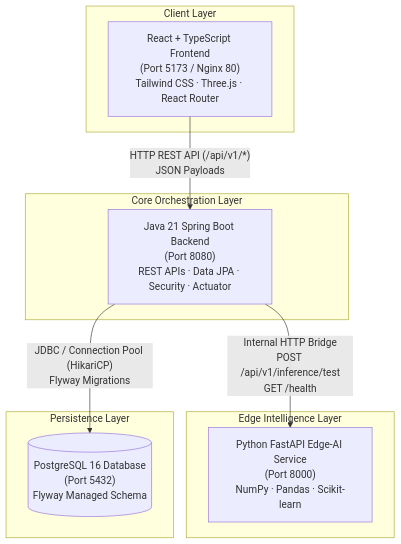
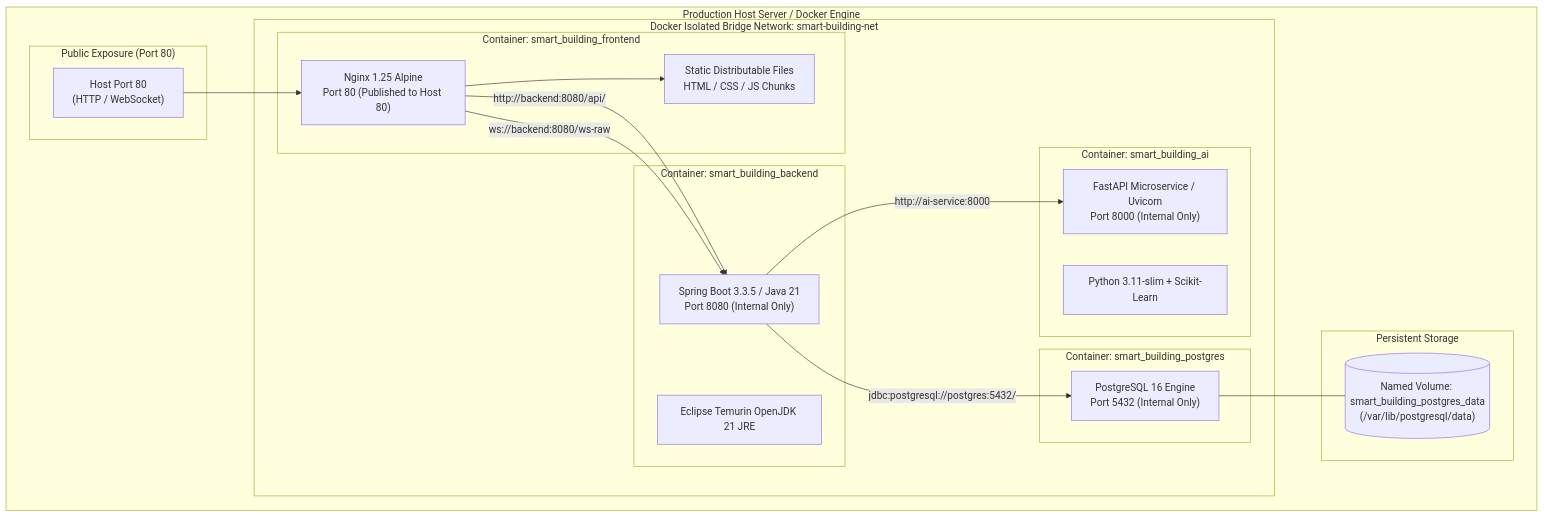
The third of 3 diagrams in docs/architecture/architecture.md (tharunsai2307/NEXORA), drawn with Mermaid before and after one commit. The commit also changed other lines of this file and 21 other files, not shown here.

````diff
--- a/docs/architecture/architecture.md
+++ b/docs/architecture/architecture.md
@@ -7,22 +168,41 @@
 ```mermaid
 flowchart TD
-    subgraph ClientLayer ["Client Layer"]
-        Frontend["React + TypeScript Frontend\n(Port 5173 / Nginx 80)\nTailwind CSS · Three.js · React Router"]
+    subgraph HostServer ["Production Host Server / Docker Engine"]
+        subgraph PublicFacing ["Public Exposure (Port 80)"]
+            HostPort80["Host Port 80\n(HTTP / WebSocket)"]
+        end
+
+        subgraph DockerBridge ["Docker Isolated Bridge Network: smart-building-net"]
+            subgraph NginxContainer ["Container: smart_building_frontend"]
+                NginxSrv["Nginx 1.25 Alpine\nPort 80 (Published to Host 80)"]
+                StaticFiles["Static Distributable Files\nHTML / CSS / JS Chunks"]
+            end
+
+            subgraph SpringBootContainer ["Container: smart_building_backend"]
+                BackendApp["Spring Boot 3.3.5 / Java 21\nPort 8080 (Internal Only)"]
+                JVM["Eclipse Temurin OpenJDK 21 JRE"]
+            end
+
+            subgraph FastAPIContainer ["Container: smart_building_ai"]
+                AiApp["FastAPI Microservice / Uvicorn\nPort 8000 (Internal Only)"]
+                PyEnv["Python 3.11-slim + Scikit-Learn"]
+            end
+
+            subgraph PostgresContainer ["Container: smart_building_postgres"]
+                PgEngine["PostgreSQL 16 Engine\nPort 5432 (Internal Only)"]
+            end
+        end
+
+        subgraph HostStorage ["Persistent Storage"]
+            NamedVolume[("Named Volume: smart_building_postgres_data\n(/var/lib/postgresql/data)")]
+        end
     end
 
-    subgraph CoreOrchestrationLayer ["Core Orchestration Layer"]
-        Backend["Java 21 Spring Boot Backend\n(Port 8080)\nREST APIs · Data JPA · Security · Actuator"]
-    end
-
-    subgraph EdgeIntelligenceLayer ["Edge Intelligence Layer"]
-        AiEngine["Python FastAPI Edge-AI Service\n(Port 8000)\nNumPy · Pandas · Scikit-learn"]
-    end
-
-    subgraph PersistenceLayer ["Persistence Layer"]
-        Database[("PostgreSQL 16 Database\n(Port 5432)\nFlyway Managed Schema")]
-    end
-
-    Frontend -->|"HTTP REST API (/api/v1/*)\nJSON Payloads"| Backend
-    Backend -->|"Internal HTTP Bridge\nPOST /api/v1/inference/test\nGET /health"| AiEngine
-    Backend -->|"JDBC / Connection Pool (HikariCP)\nFlyway Migrations"| Database
+    HostPort80 --> NginxSrv
+    NginxSrv --> StaticFiles
+    NginxSrv -->|"http://backend:8080/api/"| BackendApp
+    NginxSrv -->|"ws://backend:8080/ws-raw"| BackendApp
+    BackendApp -->|"http://ai-service:8000"| AiApp
+    BackendApp -->|"jdbc:postgresql://postgres:5432/"| PgEngine
+    PgEngine --- NamedVolume
 ```
````
